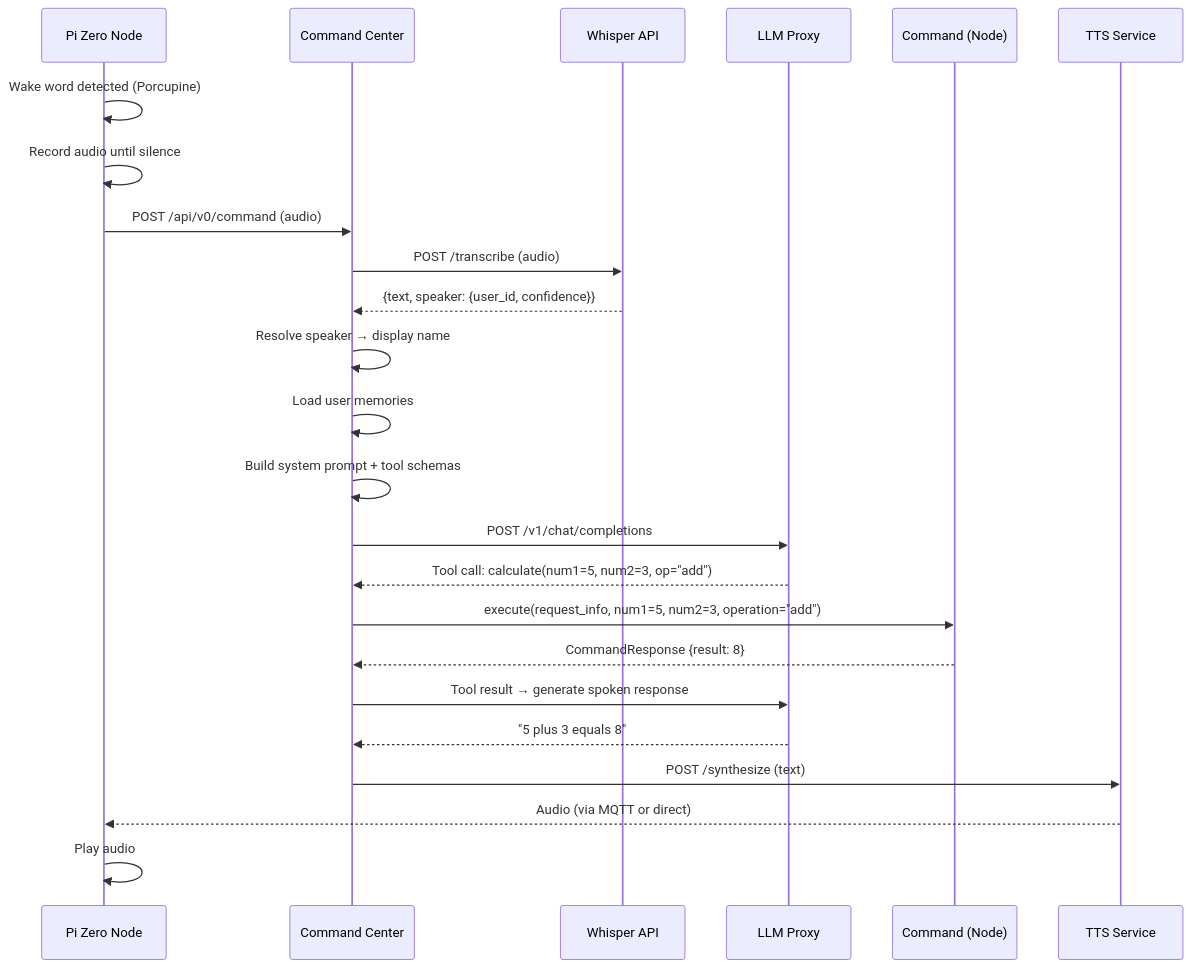
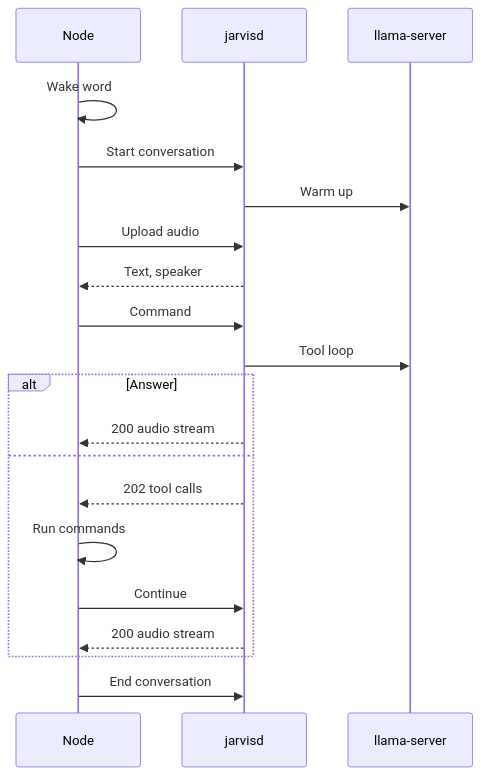
Before and after one commit to alexberardi/jarvis-docs: the diagram in docs/architecture/voice-pipeline.md, drawn with Mermaid. The commit also changed other lines of this file and 27 other files, not shown here.

First line of the commit message:
Docs: architecture section for jarvisd (modules, voice pipeline, auth, security); old pages to Legacy (#194)

````diff
--- a/docs/architecture/voice-pipeline.md
+++ b/docs/architecture/voice-pipeline.md
@@ -7,27 +9,22 @@
 ```mermaid
 sequenceDiagram
-    participant Node as Pi Zero Node
-    participant CC as Command Center
-    participant W as Whisper API
-    participant LLM as LLM Proxy
-    participant CMD as Command (Node)
-    participant TTS as TTS Service
-
-    Node->>Node: Wake word detected (Porcupine)
-    Node->>Node: Record audio until silence
-    Node->>CC: POST /api/v0/command (audio)
-    CC->>W: POST /transcribe (audio)
-    W-->>CC: {text, speaker: {user_id, confidence}}
-    CC->>CC: Resolve speaker → display name
-    CC->>CC: Load user memories
-    CC->>CC: Build system prompt + tool schemas
-    CC->>LLM: POST /v1/chat/completions
-    LLM-->>CC: Tool call: calculate(num1=5, num2=3, op="add")
-    CC->>CMD: execute(request_info, num1=5, num2=3, operation="add")
-    CMD-->>CC: CommandResponse {result: 8}
-    CC->>LLM: Tool result → generate spoken response
-    LLM-->>CC: "5 plus 3 equals 8"
-    CC->>TTS: POST /synthesize (text)
-    TTS-->>Node: Audio (via MQTT or direct)
-    Node->>Node: Play audio
+    participant N as Node
+    participant CC as jarvisd
+    participant LLM as llama-server
+    N->>N: Wake word
+    N->>CC: Start conversation
+    CC->>LLM: Warm up
+    N->>CC: Upload audio
+    CC-->>N: Text, speaker
+    N->>CC: Command
+    CC->>LLM: Tool loop
+    alt Answer
+        CC-->>N: 200 audio stream
+    else
+        CC-->>N: 202 tool calls
+        N->>N: Run commands
+        N->>CC: Continue
+        CC-->>N: 200 audio stream
+    end
+    N->>CC: End conversation
 ```
````
